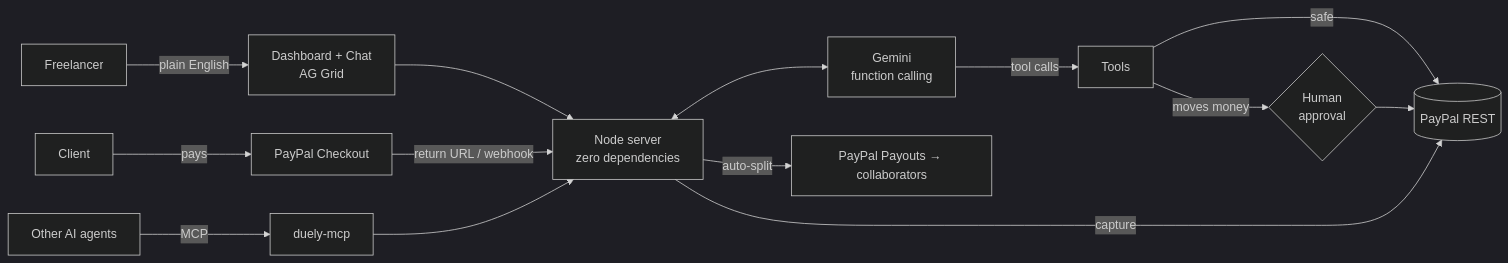
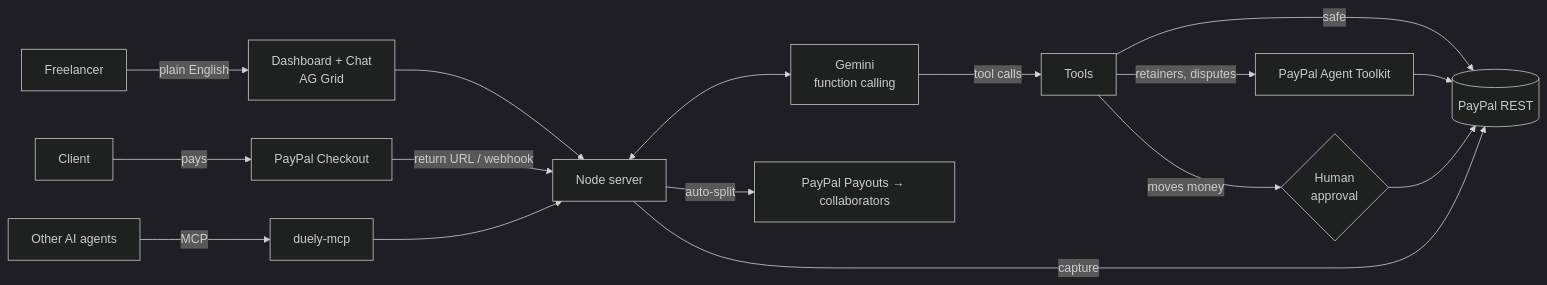
The diagram in README.md (AnirudhPMenon/PayPal), drawn with Mermaid (dark theme) before and after one commit. The commit also changed other lines of this file and 19 other files, not shown here.

Commit message:
Retainers and official tools via PayPal Agent Toolkit

````diff
--- a/README.md
+++ b/README.md
@@ -91,15 +105,16 @@
 ```mermaid
 flowchart LR
   U[Freelancer] -- plain English --> UI[Dashboard + Chat<br/>AG Grid]
-  UI --> S[Node server<br/>zero dependencies]
+  UI --> S[Node server]
   S <--> G[Gemini<br/>function calling]
   G -- tool calls --> T[Tools]
   T -- safe --> PP[(PayPal REST)]
+  T -- retainers, disputes --> TK[PayPal Agent Toolkit] --> PP
   T -- moves money --> C{Human<br/>approval}
   C --> PP
   CL[Client] -- pays --> PPC[PayPal Checkout]
   PPC -- return URL / webhook --> S
   S -- capture --> PP
   S -- auto-split --> PO[PayPal Payouts → collaborators]
   A[Other AI agents] -- MCP --> M[duely-mcp] --> S
 ```
````
